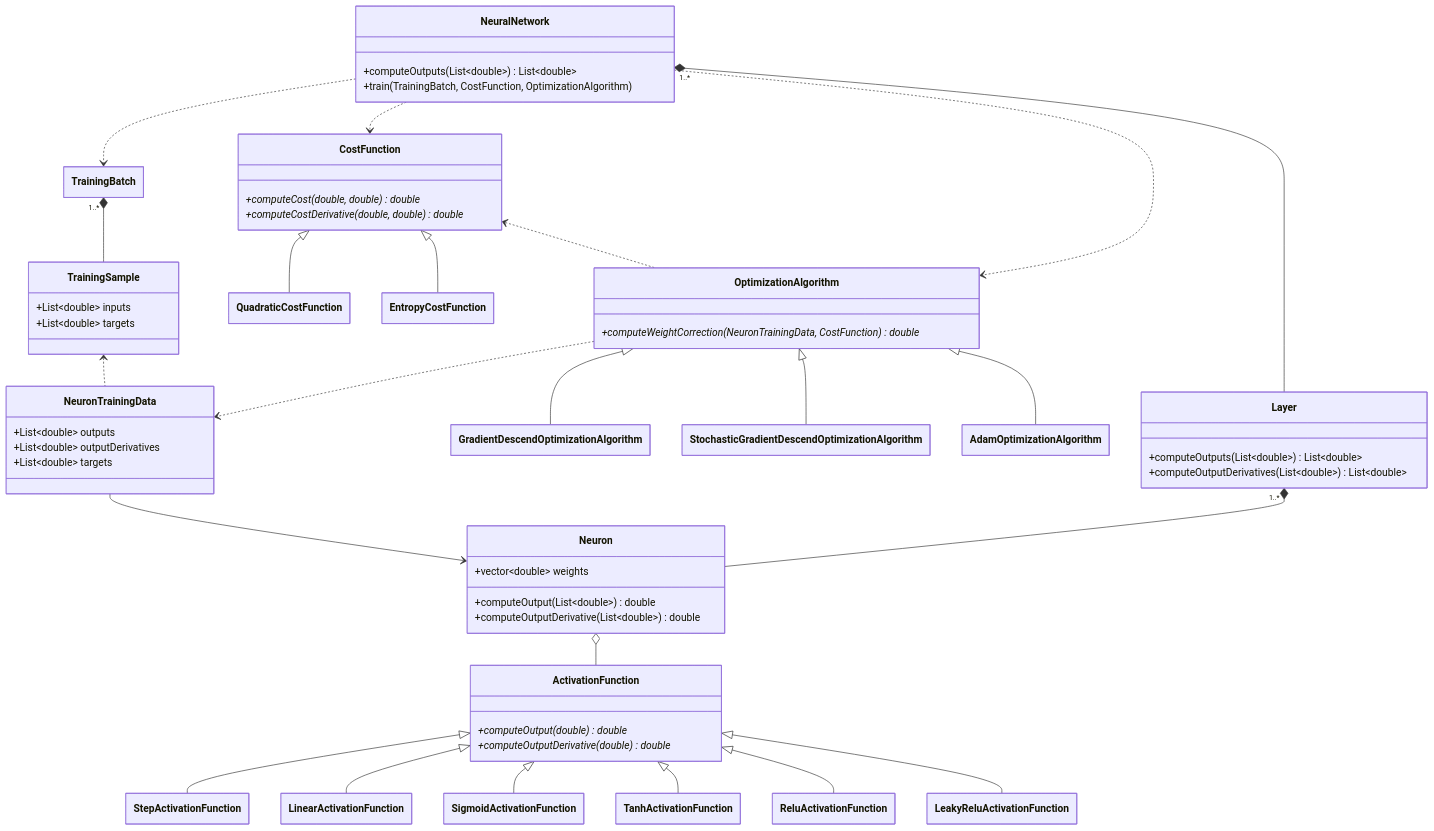
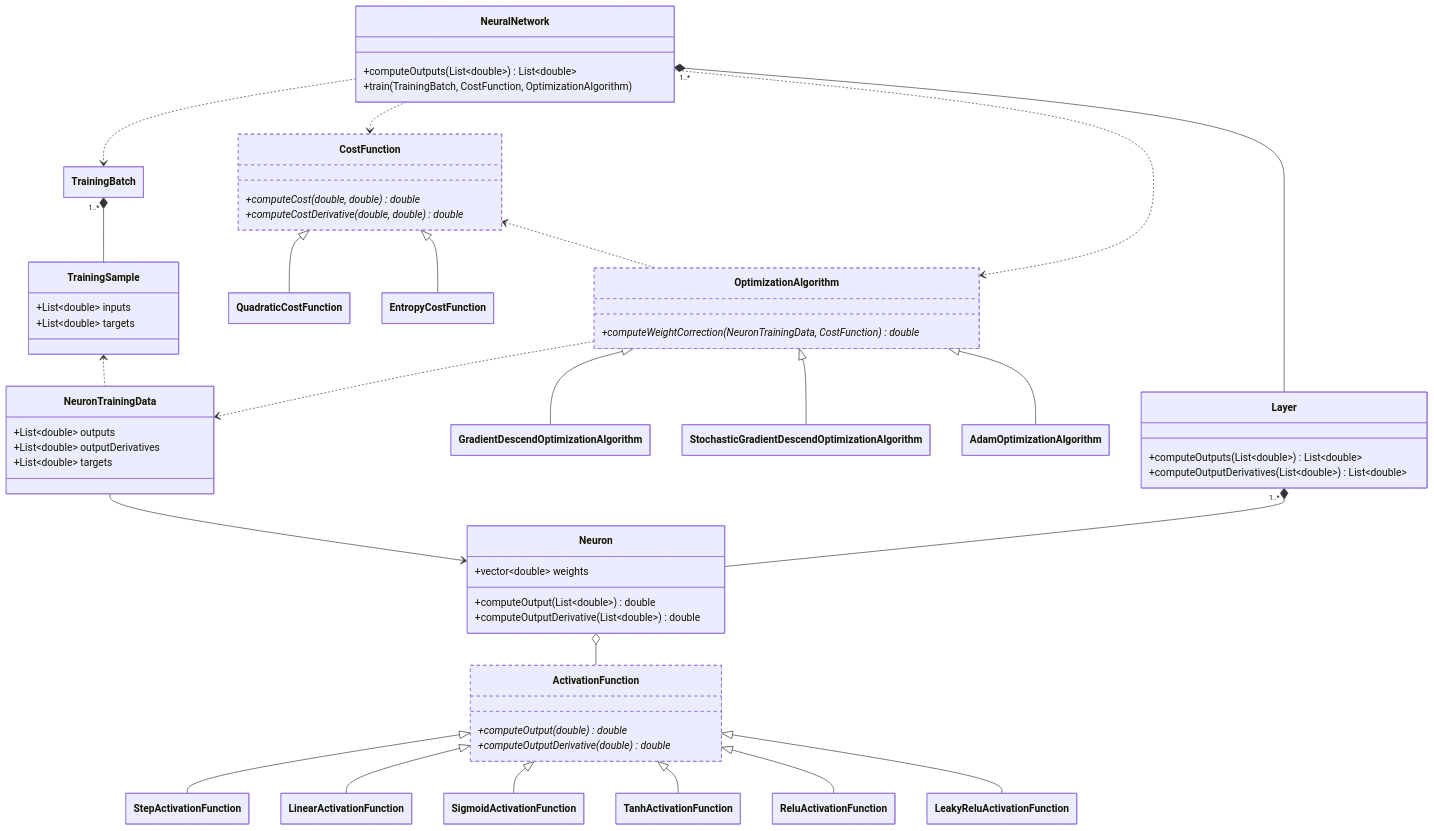
The first of 2 diagrams in README.md (alejandrofsevilla/neural-network-notes), drawn with Mermaid before and after one commit. The commit also changed other lines of this file, not shown here.

````diff
--- a/README.md
+++ b/README.md
@@ -290,53 +290,56 @@
 ```mermaid
 %%{init: {"class": {"hideEmptyMembersBox": true}}}%%
 classDiagram
 class NeuralNetwork
 NeuralNetwork: +computeOutputs(List~double~) List~double~
 NeuralNetwork: +train(TrainingBatch, CostFunction, OptimizationAlgorithm)
 NeuralNetwork "1..*" *-- Layer
 NeuralNetwork ..> TrainingBatch
 NeuralNetwork ..> CostFunction
 NeuralNetwork ..> OptimizationAlgorithm
 
 Layer: +computeOutputs(List~double~) List~double~
 Layer: +computeOutputDerivatives(List~double~) List~double~
 Layer "1..*" *-- Neuron 
 Neuron: +vector~double~ weights
 Neuron: +computeOutput(List~double~) double
 Neuron: +computeOutputDerivative(List~double~) double
 Neuron o-- ActivationFunction
 
 ActivationFunction <|-- StepActivationFunction
+style ActivationFunction stroke: stroke-width:2px,stroke-dasharray: 5 5
 ActivationFunction <|-- LinearActivationFunction
 ActivationFunction <|-- SigmoidActivationFunction
 ActivationFunction <|-- TanhActivationFunction
 ActivationFunction <|-- ReluActivationFunction
 ActivationFunction <|-- LeakyReluActivationFunction
 ActivationFunction : +computeOutput(double) double*
 ActivationFunction : +computeOutputDerivative(double) double*
 
 CostFunction <|-- QuadraticCostFunction
+style CostFunction stroke: stroke-width:2px,stroke-dasharray: 5 5
 CostFunction <|-- EntropyCostFunction
 CostFunction : +computeCost(double, double) double*
 CostFunction : +computeCostDerivative(double, double) double*
 
 OptimizationAlgorithm <|-- GradientDescendOptimizationAlgorithm
+style OptimizationAlgorithm stroke: stroke-width:2px,stroke-dasharray: 5 5
 OptimizationAlgorithm <|-- StochasticGradientDescendOptimizationAlgorithm
 OptimizationAlgorithm <|-- AdamOptimizationAlgorithm
 OptimizationAlgorithm : +computeWeightCorrection(NeuronTrainingData, CostFunction) double*
 CostFunction <.. OptimizationAlgorithm
 OptimizationAlgorithm ..> NeuronTrainingData
 
 NeuronTrainingData --> Neuron
 NeuronTrainingData: +List~double~ outputs
 NeuronTrainingData: +List~double~ outputDerivatives
 NeuronTrainingData: +List~double~ targets
 
 class TrainingSample
 TrainingSample: +List~double~ inputs
 TrainingSample: +List~double~ targets
 
 class TrainingBatch
 TrainingBatch "1..*" *-- TrainingSample
 TrainingSample <.. NeuronTrainingData
 ```
````
